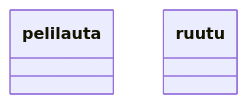
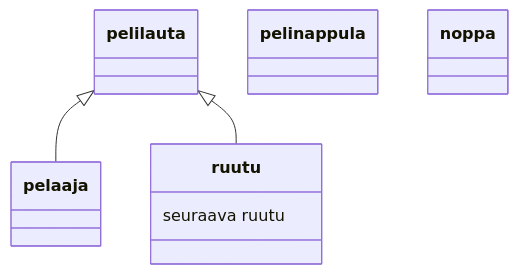
Before and after one commit to leoalho/ajastinApp: the diagram in laskarit/viikko3/monopoli.md, drawn with Mermaid.

````diff
--- a/laskarit/viikko3/monopoli.md
+++ b/laskarit/viikko3/monopoli.md
@@ -1,5 +1,12 @@
 ```mermaid
 classDiagram
 	class pelilauta
-	class ruutu
+	class ruutu{
+		seuraava ruutu
+	}
+	class pelinappula
+	class pelaaja
+	class noppa
+	pelilauta <|-- pelaaja
+	pelilauta <|-- ruutu
 ```
````
